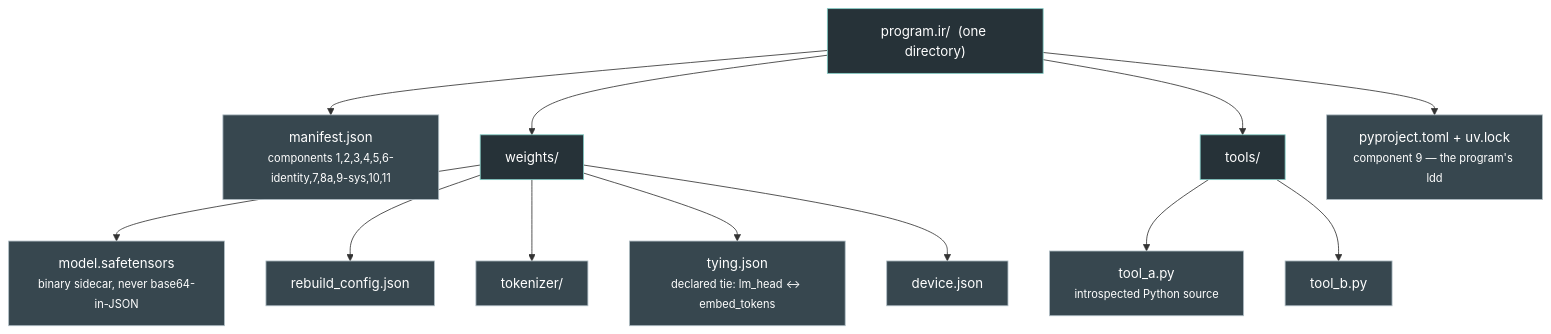
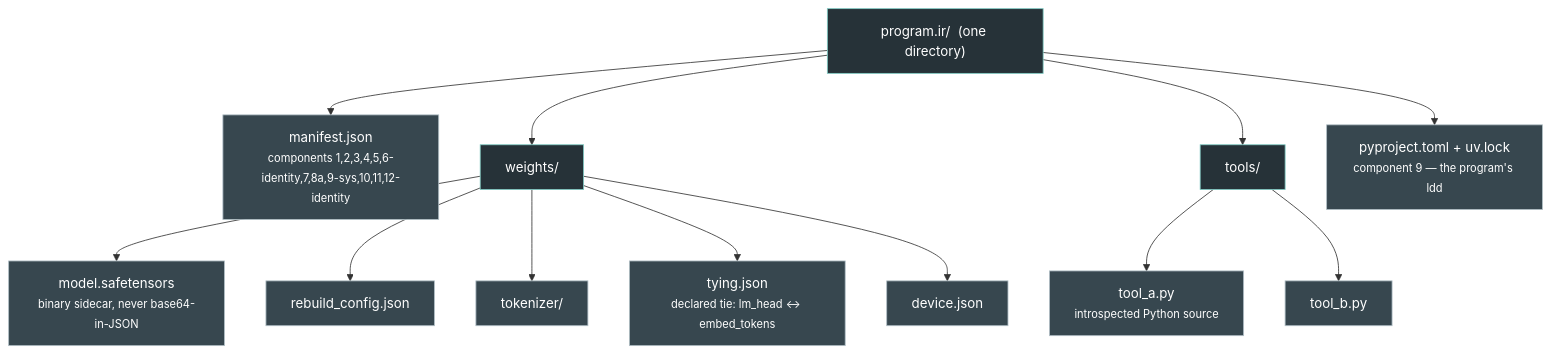
One commit to MaximeRivest/dspy changed the third of 11 diagrams in roadmap/IR-program-spec.md. Above: the diagram before and after it, drawn with Mermaid. The commit also changed other lines of this file, not shown here.

First line of the commit message:
docs(programir): refresh all diagrams to the current spec; retire PNGs

````diff
--- a/roadmap/IR-program-spec.md
+++ b/roadmap/IR-program-spec.md
@@ -141,18 +277,18 @@
 ```mermaid
 flowchart TB
   ROOT["program.ir/  (one directory)"]
-  ROOT --> M["manifest.json<br/><small>components 1,2,3,4,5,6-identity,7,8a,9-sys,10,11</small>"]
+  ROOT --> M["manifest.json<br/><small>components 1,2,3,4,5,6-identity,7,8a,9-sys,10,11,12-identity</small>"]
   ROOT --> W["weights/"]
   ROOT --> T["tools/"]
   ROOT --> E["pyproject.toml + uv.lock<br/><small>component 9 — the program's ldd</small>"]
   W --> W1["model.safetensors<br/><small>binary sidecar, never base64-in-JSON</small>"]
   W --> W2["rebuild_config.json"]
   W --> W3["tokenizer/"]
   W --> W4["tying.json<br/><small>declared tie: lm_head ↔ embed_tokens</small>"]
   W --> W5["device.json"]
   T --> T1["tool_a.py<br/><small>introspected Python source</small>"]
   T --> T2["tool_b.py"]
   classDef dir fill:#263238,stroke:#80cbc4,color:#fff;
   classDef file fill:#37474f,stroke:#b0bec5,color:#fff;
   class ROOT,W,T dir; class M,E,W1,W2,W3,W4,W5,T1,T2 file;
 ```
````
